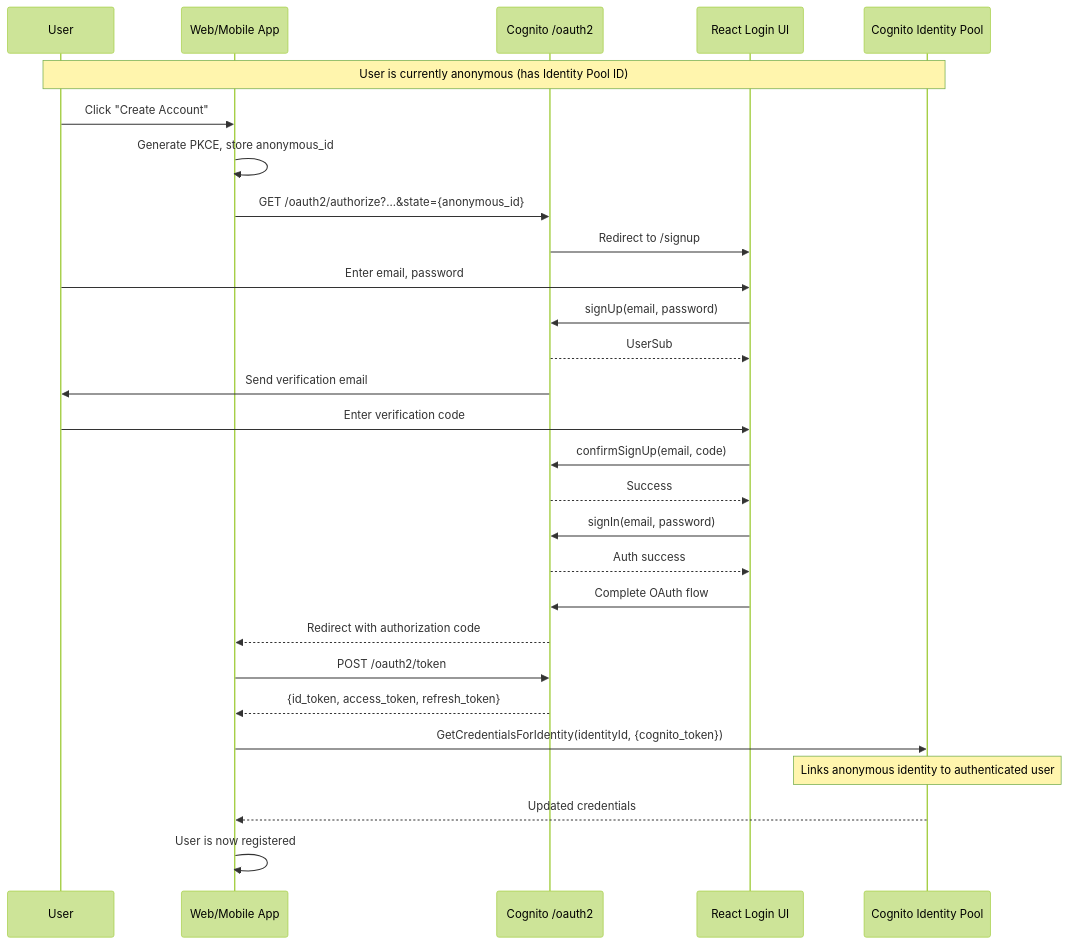
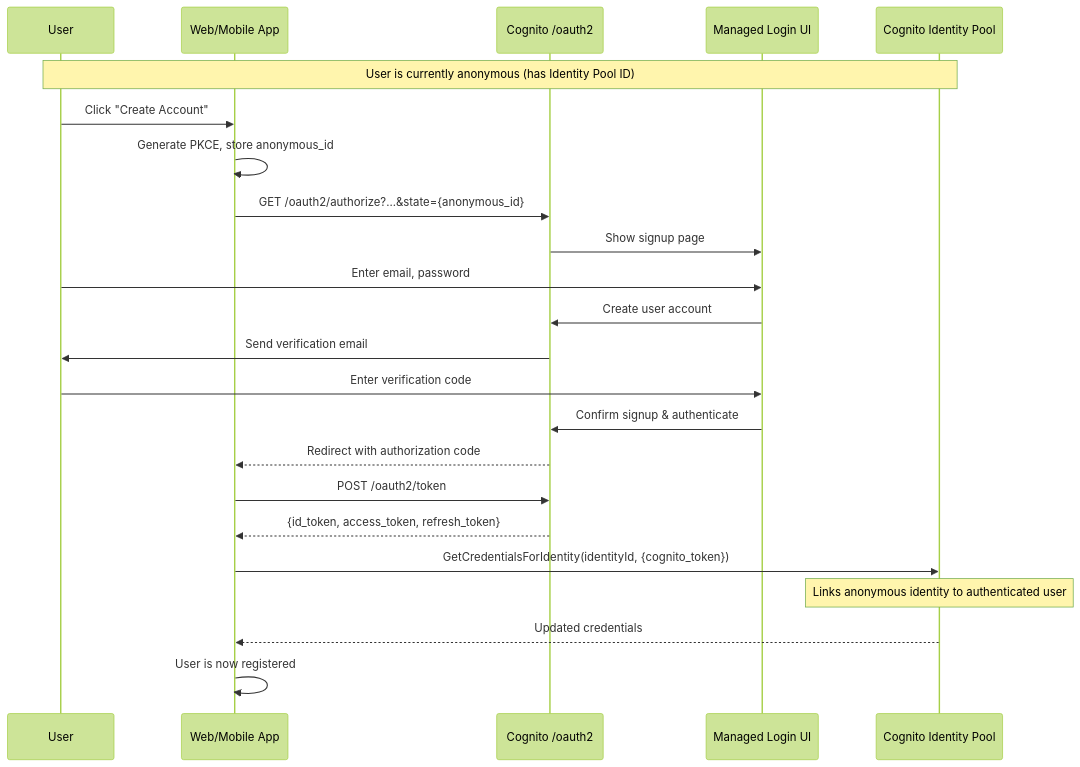
The sixth of 6 diagrams in .kiro/specs/thesafezone-idp/design.md (dumip/tsz-idp), drawn with Mermaid (forest theme) before and after one commit. The commit also changed other lines of this file and 2 other files, not shown here.

Commit message:
Updated requirements to use managed login in AWS Cognito

````diff
--- a/.kiro/specs/thesafezone-idp/design.md
+++ b/.kiro/specs/thesafezone-idp/design.md
@@ -283,31 +261,26 @@
 ```mermaid
 sequenceDiagram
     participant User
     participant App as Web/Mobile App
     participant Cognito as Cognito /oauth2
-    participant LoginUI as React Login UI
+    participant ManagedLogin as Managed Login UI
     participant IdentityPool as Cognito Identity Pool
 
     Note over User,IdentityPool: User is currently anonymous (has Identity Pool ID)
     User->>App: Click "Create Account"
     App->>App: Generate PKCE, store anonymous_id
     App->>Cognito: GET /oauth2/authorize?...&state={anonymous_id}
-    Cognito->>LoginUI: Redirect to /signup
-    User->>LoginUI: Enter email, password
-    LoginUI->>Cognito: signUp(email, password)
-    Cognito-->>LoginUI: UserSub
+    Cognito->>ManagedLogin: Show signup page
+    User->>ManagedLogin: Enter email, password
+    ManagedLogin->>Cognito: Create user account
     Cognito->>User: Send verification email
-    User->>LoginUI: Enter verification code
-    LoginUI->>Cognito: confirmSignUp(email, code)
-    Cognito-->>LoginUI: Success
-    LoginUI->>Cognito: signIn(email, password)
-    Cognito-->>LoginUI: Auth success
-    LoginUI->>Cognito: Complete OAuth flow
+    User->>ManagedLogin: Enter verification code
+    ManagedLogin->>Cognito: Confirm signup & authenticate
     Cognito-->>App: Redirect with authorization code
     App->>Cognito: POST /oauth2/token
     Cognito-->>App: {id_token, access_token, refresh_token}
     App->>IdentityPool: GetCredentialsForIdentity(identityId, {cognito_token})
     Note over IdentityPool: Links anonymous identity to authenticated user
     IdentityPool-->>App: Updated credentials
     App->>App: User is now registered
 ```
````
